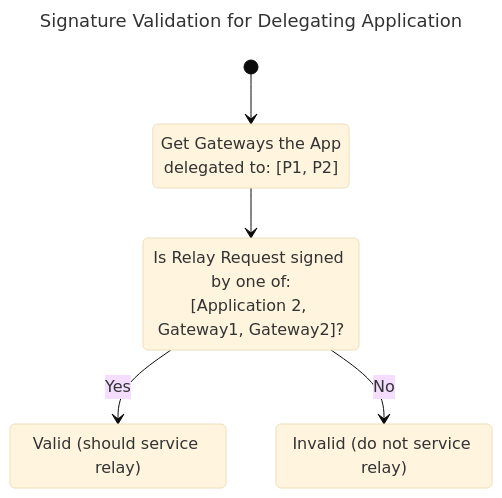
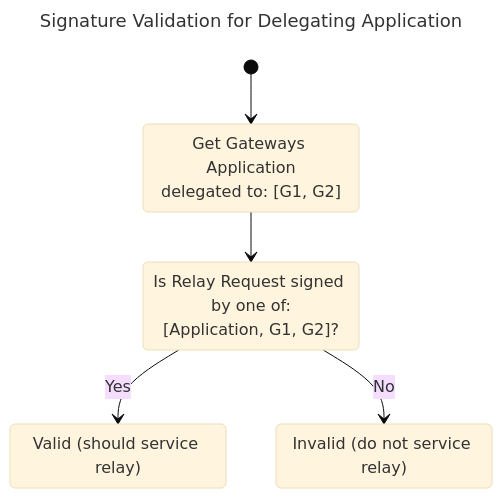
One commit to pokt-network/poktroll changed the seventh of 7 diagrams in docusaurus/docs/protocol/gateways.md. Above: the diagram before and after it, drawn with Mermaid (base theme). The commit also changed other lines of this file and 1 other file, not shown here.

Commit message:
Finished first iteration of the gateway

````diff
--- a/docusaurus/docs/protocol/gateways.md
+++ b/docusaurus/docs/protocol/gateways.md
@@ -245,17 +317,17 @@
 ```mermaid
 ---
 title: Signature Validation for Delegating Application
 ---
 stateDiagram-v2
-    state "Get Gateways the App<br>delegated to: [P1, P2]" as getGateways
-    state "Is Relay Request signed by one of:<br>[Application 2, Gateway1, Gateway2]?" as sigCheck
+    state "Get Gateways Application<br>delegated to: [G1, G2]" as getGateways
+    state "Is Relay Request signed by one of:<br>[Application, G1, G2]?" as sigCheck
 
     state "Valid (should service relay)" as Valid
     state "Invalid (do not service relay)" as Invalid
 
     [*] --> getGateways
     getGateways --> sigCheck
 
     sigCheck --> Valid: Yes
     sigCheck --> Invalid: No
 ```
````
